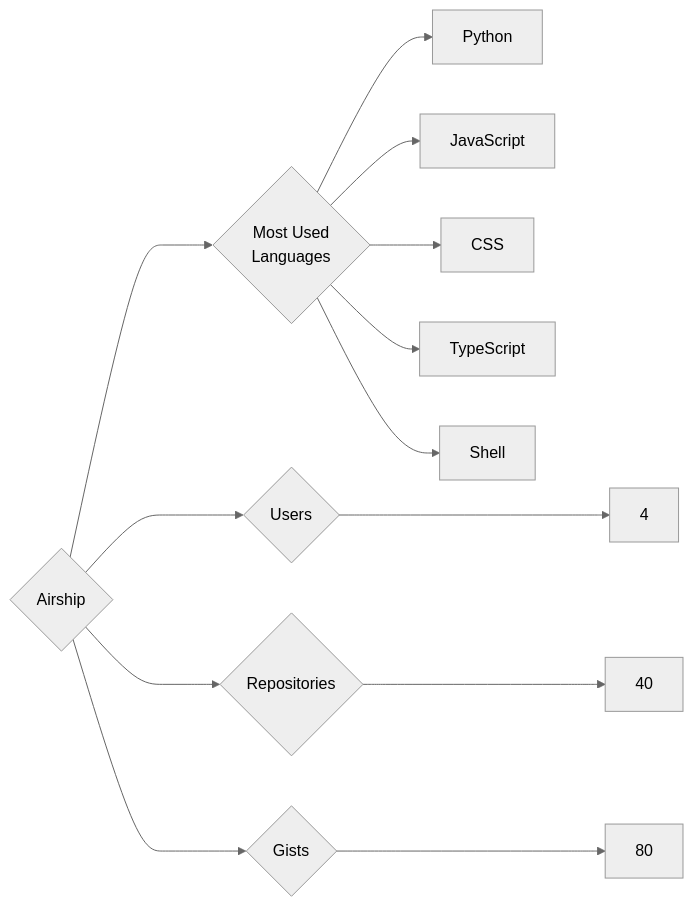
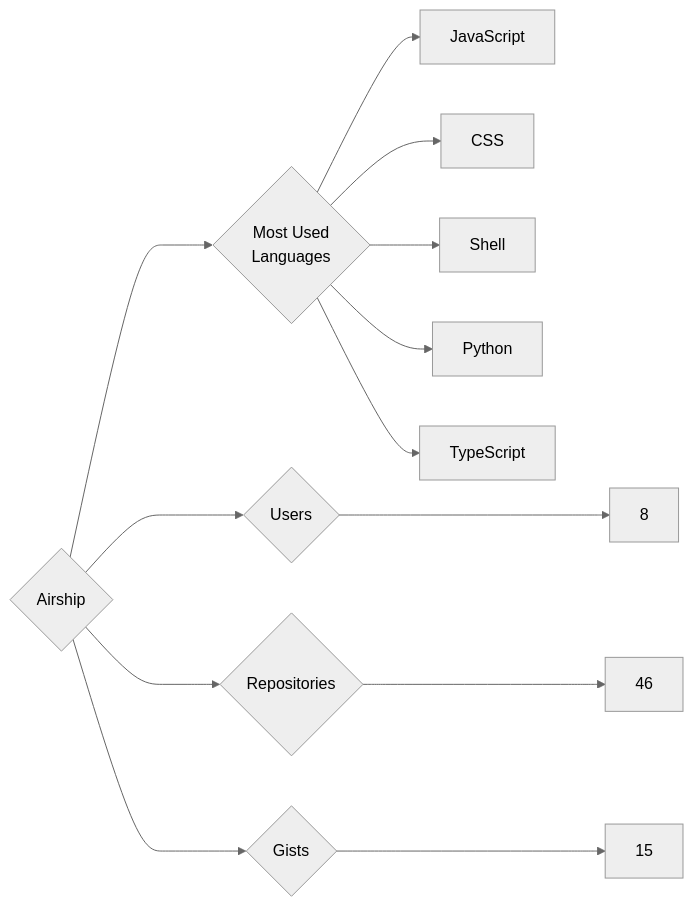
One commit to trickest/insiders changed the diagram in targets/Airship/README.md. Above: the diagram before and after it, drawn with Mermaid (neutral theme). The commit also changed 1055 other files, not shown here.

````diff
--- a/targets/Airship/README.md
+++ b/targets/Airship/README.md
@@ -3,13 +3,13 @@
 ```mermaid
 graph LR
 COMPANY_NAME{Airship}
-COMPANY_NAME ---> U{Users} ---> UN[4]
-COMPANY_NAME ---> R{Repositories} ---> RN[40]
-COMPANY_NAME ---> G{Gists} ---> GN[80]
+COMPANY_NAME ---> U{Users} ---> UN[8]
+COMPANY_NAME ---> R{Repositories} ---> RN[46]
+COMPANY_NAME ---> G{Gists} ---> GN[15]
 COMPANY_NAME ---> ML{Most Used<br>Languages}
-ML --> Python[Python]
 ML --> JavaScript[JavaScript]
 ML --> CSS[CSS]
+ML --> Shell[Shell]
+ML --> Python[Python]
 ML --> TypeScript[TypeScript]
-ML --> Shell[Shell]
 ```
````
